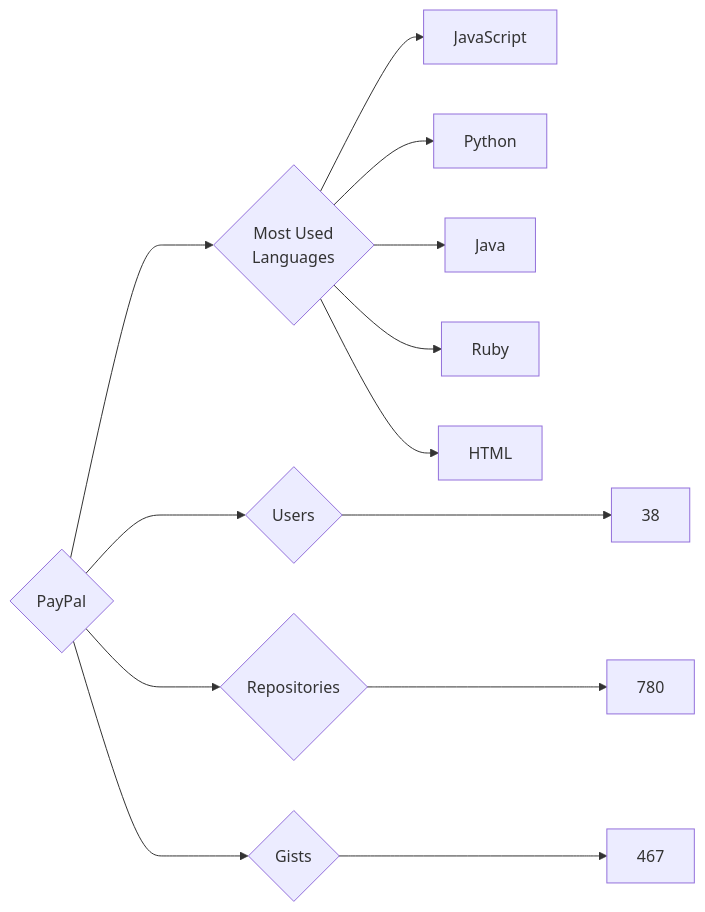
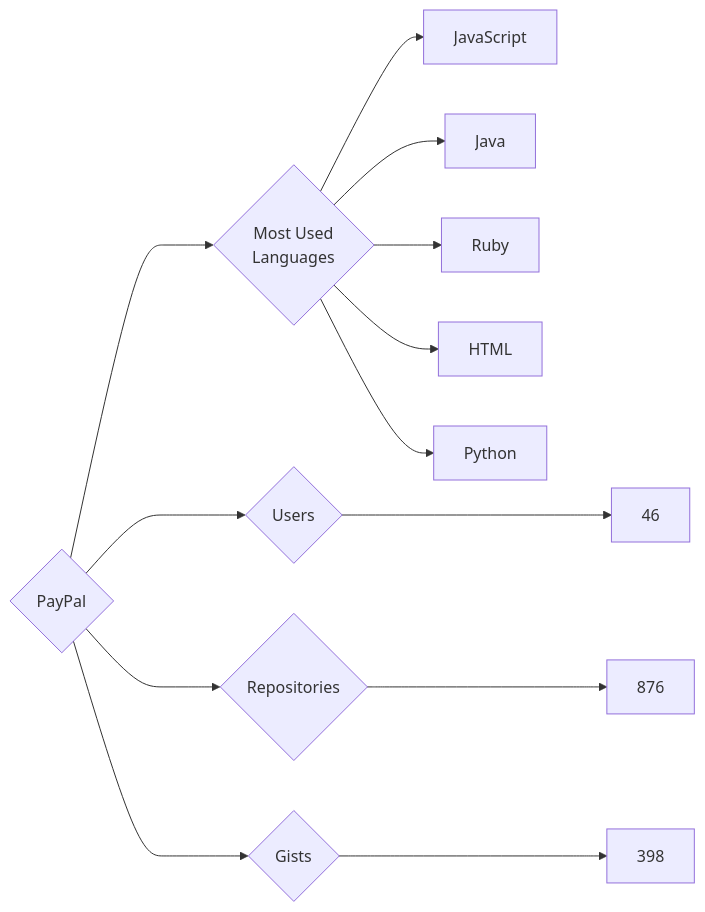
The diagram in targets/PayPal/README.md (trickest/insiders), drawn with Mermaid before and after one commit. The commit also changed 920 other files, not shown here.

````diff
--- a/targets/PayPal/README.md
+++ b/targets/PayPal/README.md
@@ -3,13 +3,13 @@
 ```mermaid
 graph LR
 COMPANY_NAME{PayPal}
-COMPANY_NAME ---> U{Users} ---> UN[38]
-COMPANY_NAME ---> R{Repositories} ---> RN[780]
-COMPANY_NAME ---> G{Gists} ---> GN[467]
+COMPANY_NAME ---> U{Users} ---> UN[46]
+COMPANY_NAME ---> R{Repositories} ---> RN[876]
+COMPANY_NAME ---> G{Gists} ---> GN[398]
 COMPANY_NAME ---> ML{Most Used<br>Languages}
 ML --> JavaScript[JavaScript]
-ML --> Python[Python]
 ML --> Java[Java]
 ML --> Ruby[Ruby]
 ML --> HTML[HTML]
+ML --> Python[Python]
 ```
````
